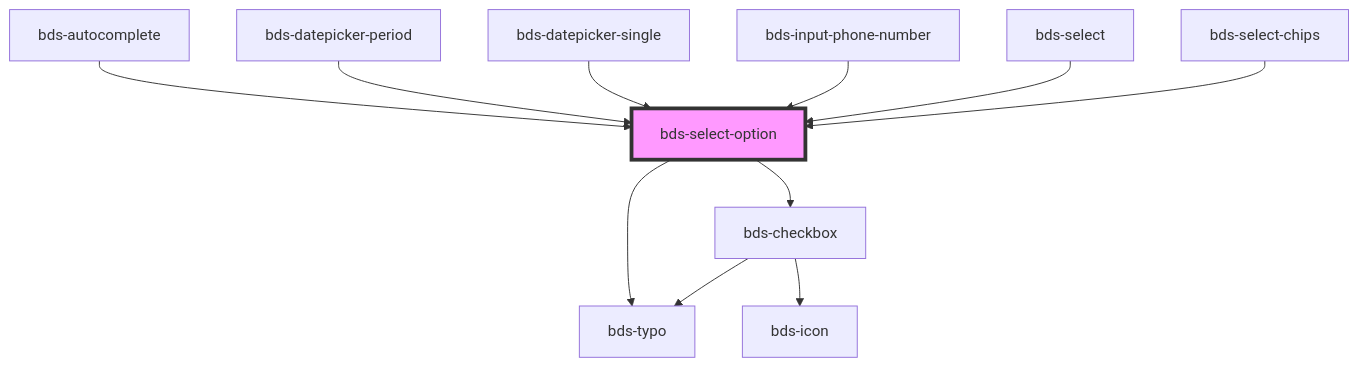
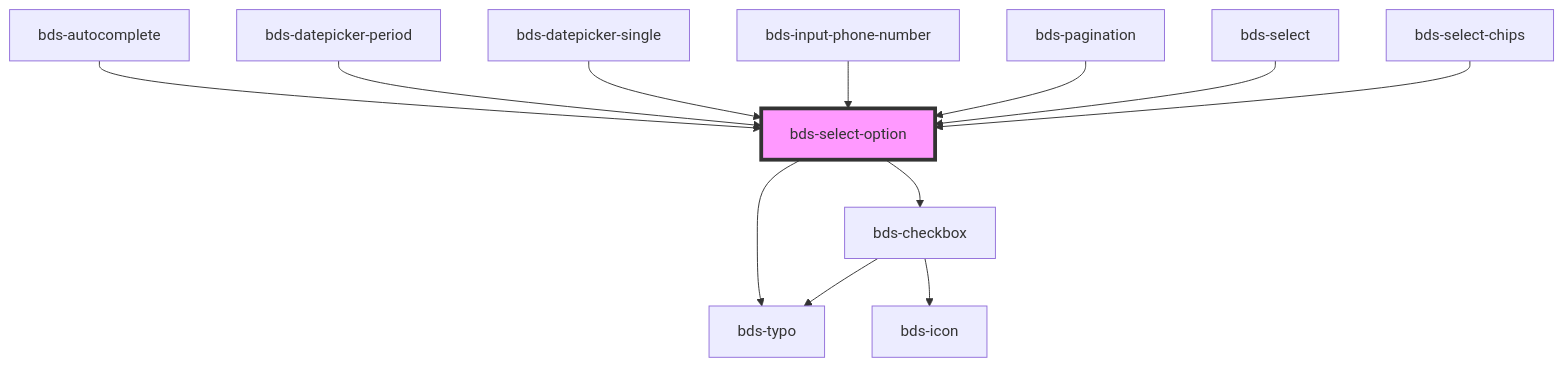
The diagram in src/components/select-option/readme.md (takenet/blip-ds), drawn with Mermaid before and after one commit. The commit also changed other lines of this file and 10 other files, not shown here.

````diff
--- a/src/components/select-option/readme.md
+++ b/src/components/select-option/readme.md
@@ -84,14 +85,15 @@
 ```mermaid
 graph TD;
   bds-select-option --> bds-typo
   bds-select-option --> bds-checkbox
   bds-checkbox --> bds-icon
   bds-checkbox --> bds-typo
   bds-autocomplete --> bds-select-option
   bds-datepicker-period --> bds-select-option
   bds-datepicker-single --> bds-select-option
   bds-input-phone-number --> bds-select-option
+  bds-pagination --> bds-select-option
   bds-select --> bds-select-option
   bds-select-chips --> bds-select-option
   style bds-select-option fill:#f9f,stroke:#333,stroke-width:4px
 ```
````
